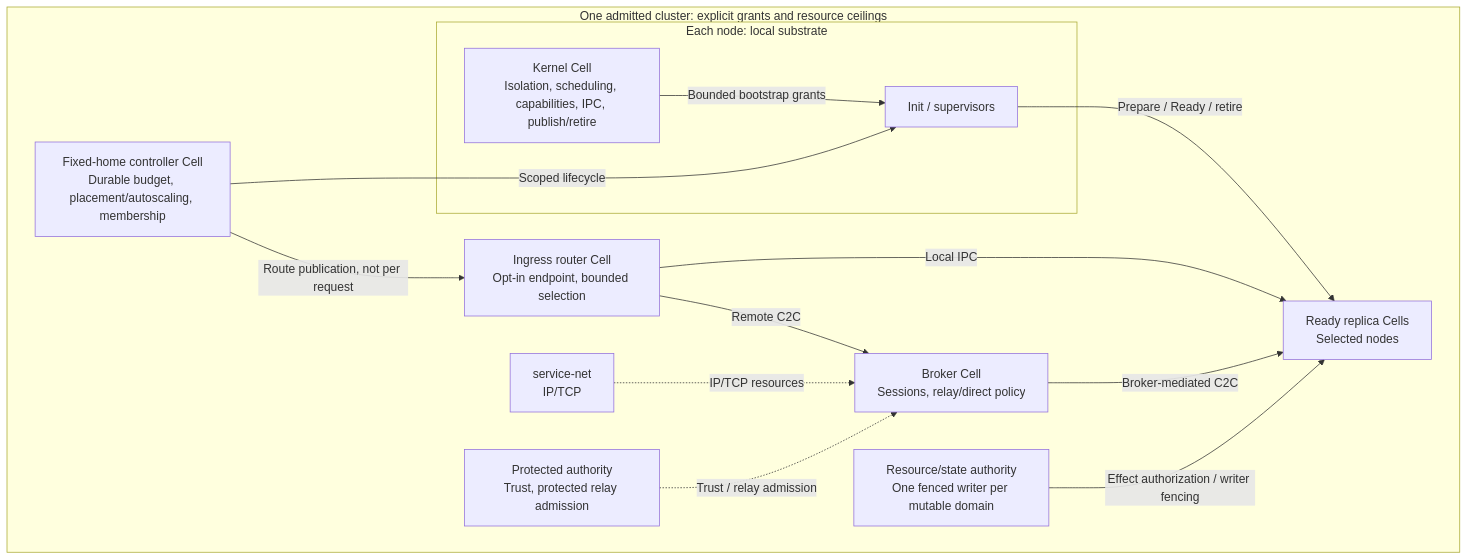
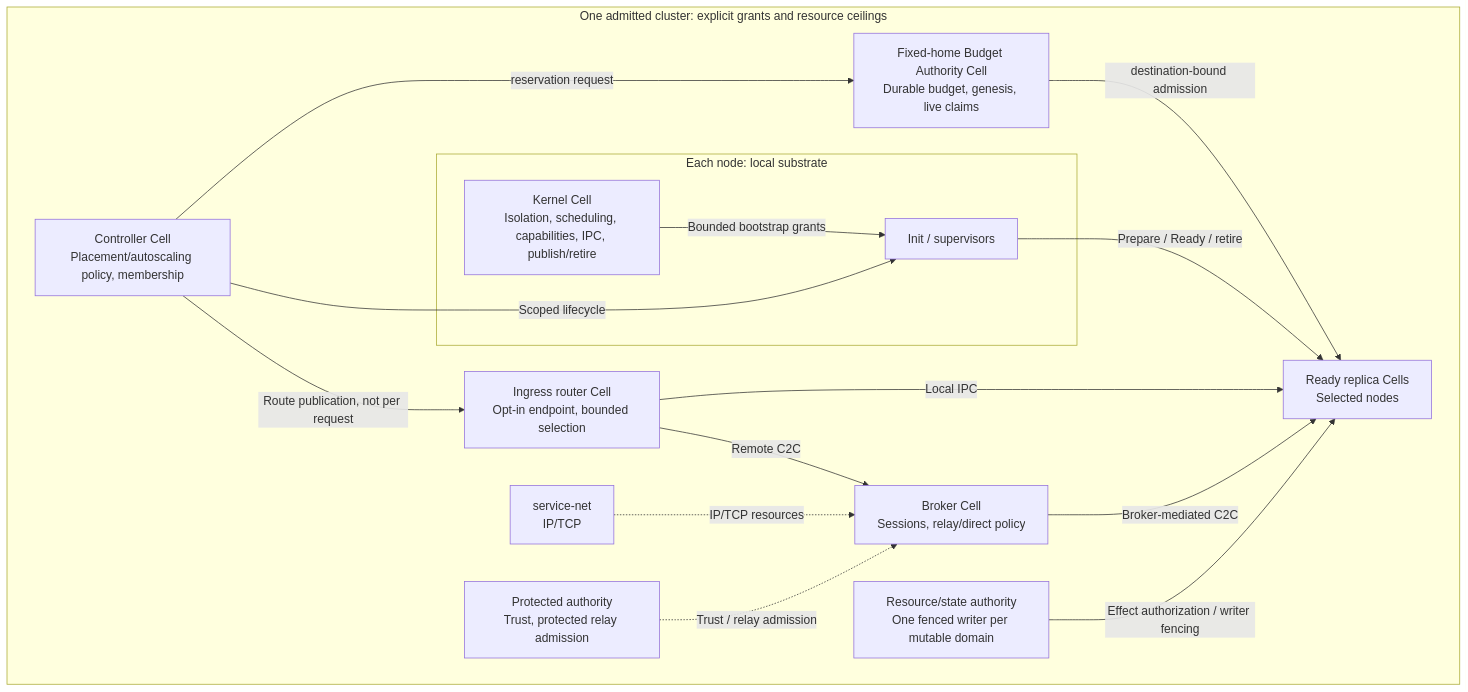
One commit to dxsl-org/cellos changed the diagram in README.md. Above: the diagram before and after it, drawn with Mermaid. The commit also changed other lines of this file and 27 other files, not shown here.

Commit message:
docs(architecture): align authority contracts and defer Haily integration

````diff
--- a/README.md
+++ b/README.md
@@ -30,26 +30,29 @@
 ```mermaid
 flowchart TB
     subgraph CLUSTER["One admitted cluster: explicit grants and resource ceilings"]
-        C["Fixed-home controller Cell<br/>Durable budget, placement/autoscaling, membership"]
+        C["Controller Cell<br/>Placement/autoscaling policy, membership"]
+        BA["Fixed-home Budget Authority Cell<br/>Durable budget, genesis, live claims"]
+        C -->|reservation request| BA
+        BA -->|destination-bound admission| R
         W["Ingress router Cell<br/>Opt-in endpoint, bounded selection"]
         R["Ready replica Cells<br/>Selected nodes"]
         B["Broker Cell<br/>Sessions, relay/direct policy"]
         N["service-net<br/>IP/TCP"]
         P["Protected authority<br/>Trust, protected relay admission"]
         A["Resource/state authority<br/>One fenced writer per mutable domain"]
         subgraph LOCAL["Each node: local substrate"]
             K["Kernel Cell<br/>Isolation, scheduling, capabilities, IPC, publish/retire"]
             I["Init / supervisors"]
             K -->|"Bounded bootstrap grants"| I
         end
         C -->|"Scoped lifecycle"| I
         C -->|"Route publication, not per request"| W
         I -->|"Prepare / Ready / retire"| R
         W -->|"Local IPC"| R
         W -->|"Remote C2C"| B
         B -->|"Broker-mediated C2C"| R
         N -.->|"IP/TCP resources"| B
         P -.->|"Trust / relay admission"| B
         A -->|"Effect authorization / writer fencing"| R
     end
 ```
````
